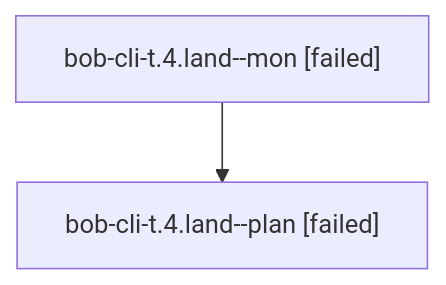
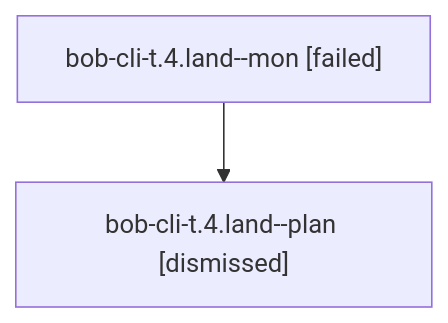
Before and after one commit to bobs-org/bob-cli--agents: the diagram in families/bbugyi200.athena.bob-cli-t.4.land.md, drawn with Mermaid. The commit also changed other lines of this file and 141 other files, not shown here.

````diff
--- a/families/bbugyi200.athena.bob-cli-t.4.land.md
+++ b/families/bbugyi200.athena.bob-cli-t.4.land.md
@@ -9,6 +9,6 @@
 ```mermaid
 flowchart TD
   n0["bob-cli-t.4.land--mon [failed]"]
-  n1["bob-cli-t.4.land--plan [failed]"]
+  n1["bob-cli-t.4.land--plan [dismissed]"]
   n0 --> n1
 ```
````
